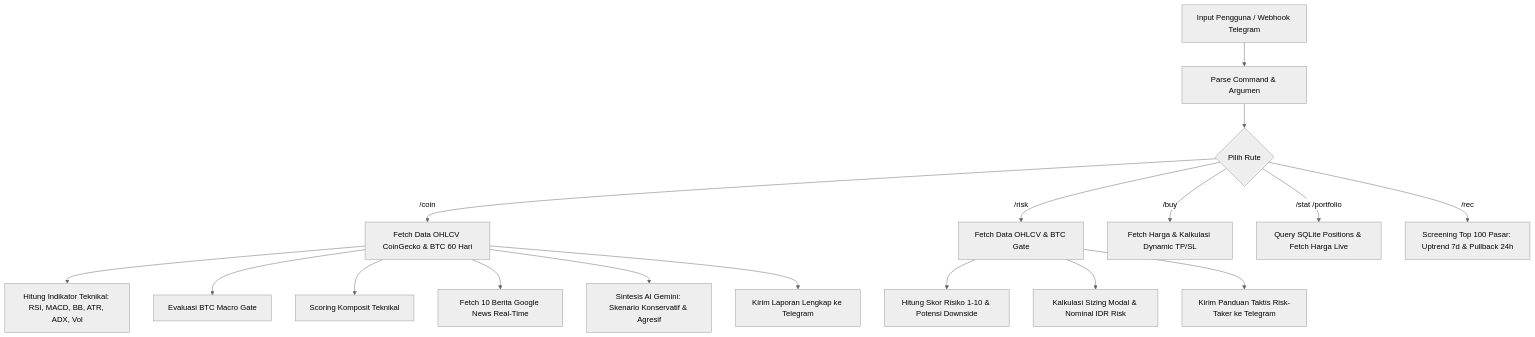
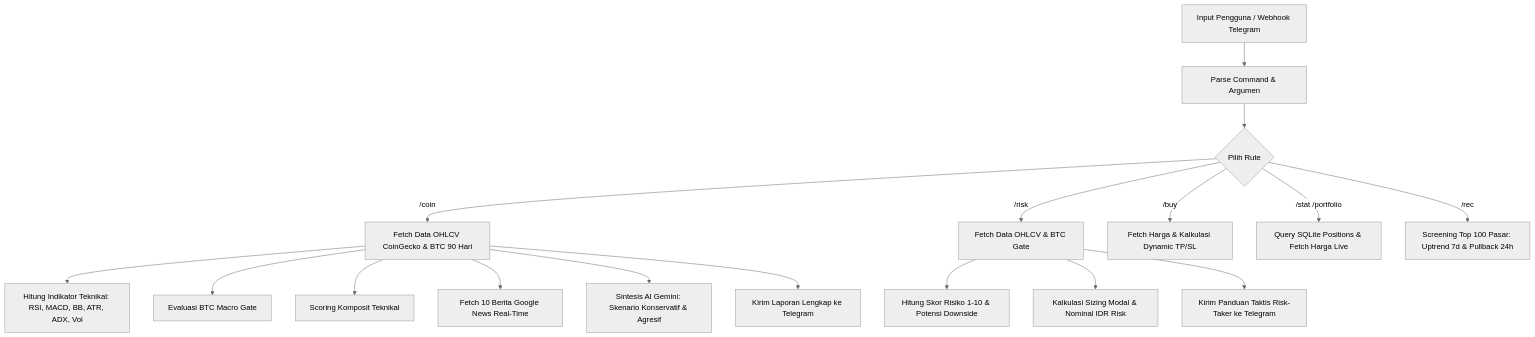
One commit to Nothrovo/Luna-Hernandez changed the diagram in Calculations.md. Above: the diagram before and after it, drawn with Mermaid (neutral theme). The commit also changed other lines of this file and 11 other files, not shown here.

````diff
--- a/Calculations.md
+++ b/Calculations.md
@@ -24,22 +24,22 @@
 ```mermaid
 flowchart TD
     A[Input Pengguna / Webhook Telegram] --> B[Parse Command & Argumen]
     B --> C{Pilih Rute}
     
-    C -->|/coin| D[Fetch Data OHLCV CoinGecko & BTC 60 Hari]
+    C -->|/coin| D[Fetch Data OHLCV CoinGecko & BTC 90 Hari]
     C -->|/risk| E[Fetch Data OHLCV & BTC Gate]
     C -->|/buy| F[Fetch Harga & Kalkulasi Dynamic TP/SL]
     C -->|/stat /portfolio| G[Query SQLite Positions & Fetch Harga Live]
     C -->|/rec| H[Screening Top 100 Pasar: Uptrend 7d & Pullback 24h]
     
     D --> I[Hitung Indikator Teknikal: RSI, MACD, BB, ATR, ADX, Vol]
     D --> J[Evaluasi BTC Macro Gate]
     D --> K[Scoring Komposit Teknikal]
     D --> L[Fetch 10 Berita Google News Real-Time]
     D --> M[Sintesis AI Gemini: Skenario Konservatif & Agresif]
     D --> N[Kirim Laporan Lengkap ke Telegram]
     
     E --> O[Hitung Skor Risiko 1-10 & Potensi Downside]
     E --> P[Kalkulasi Sizing Modal & Nominal IDR Risk]
     E --> Q[Kirim Panduan Taktis Risk-Taker ke Telegram]
 ```
````
